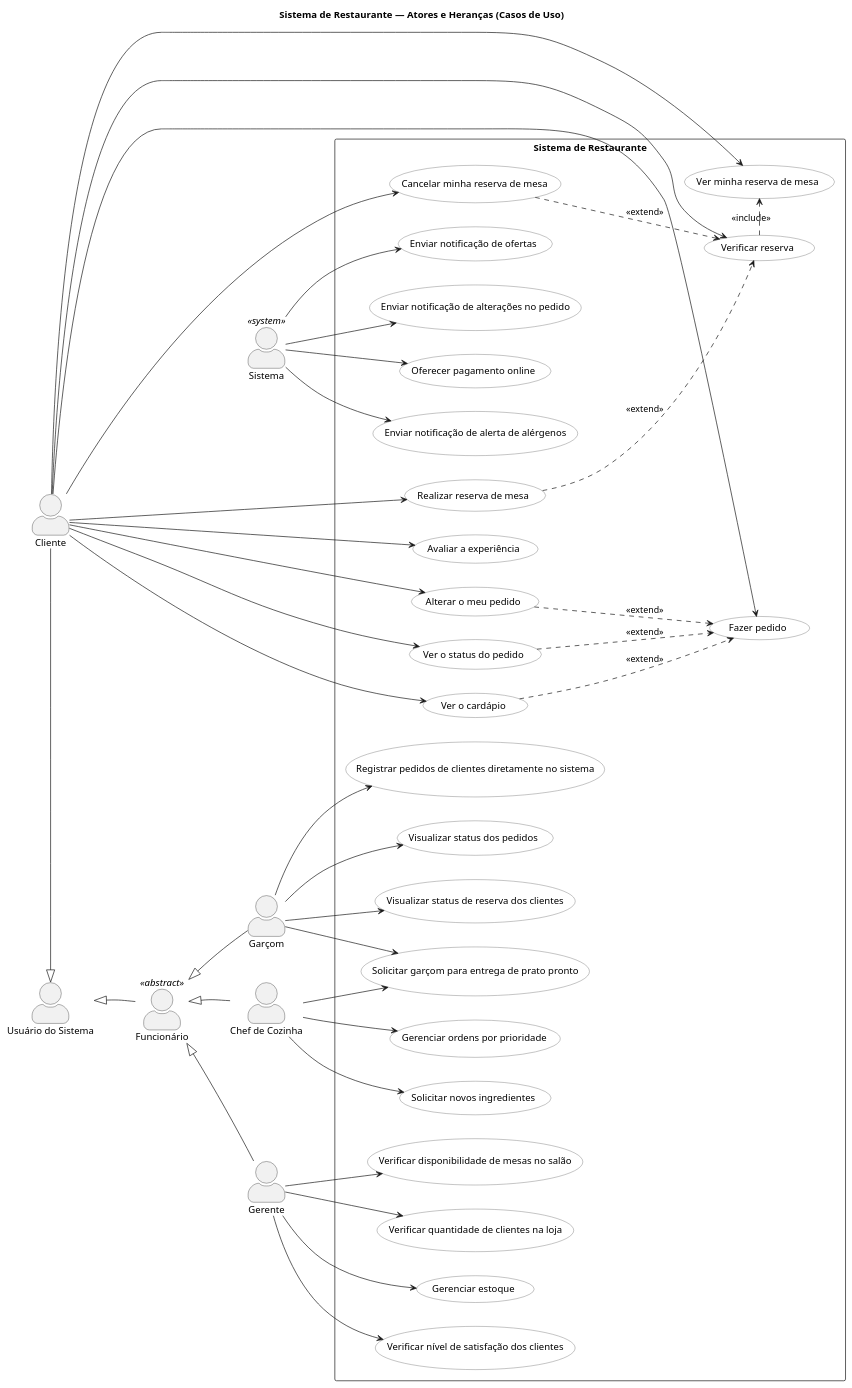
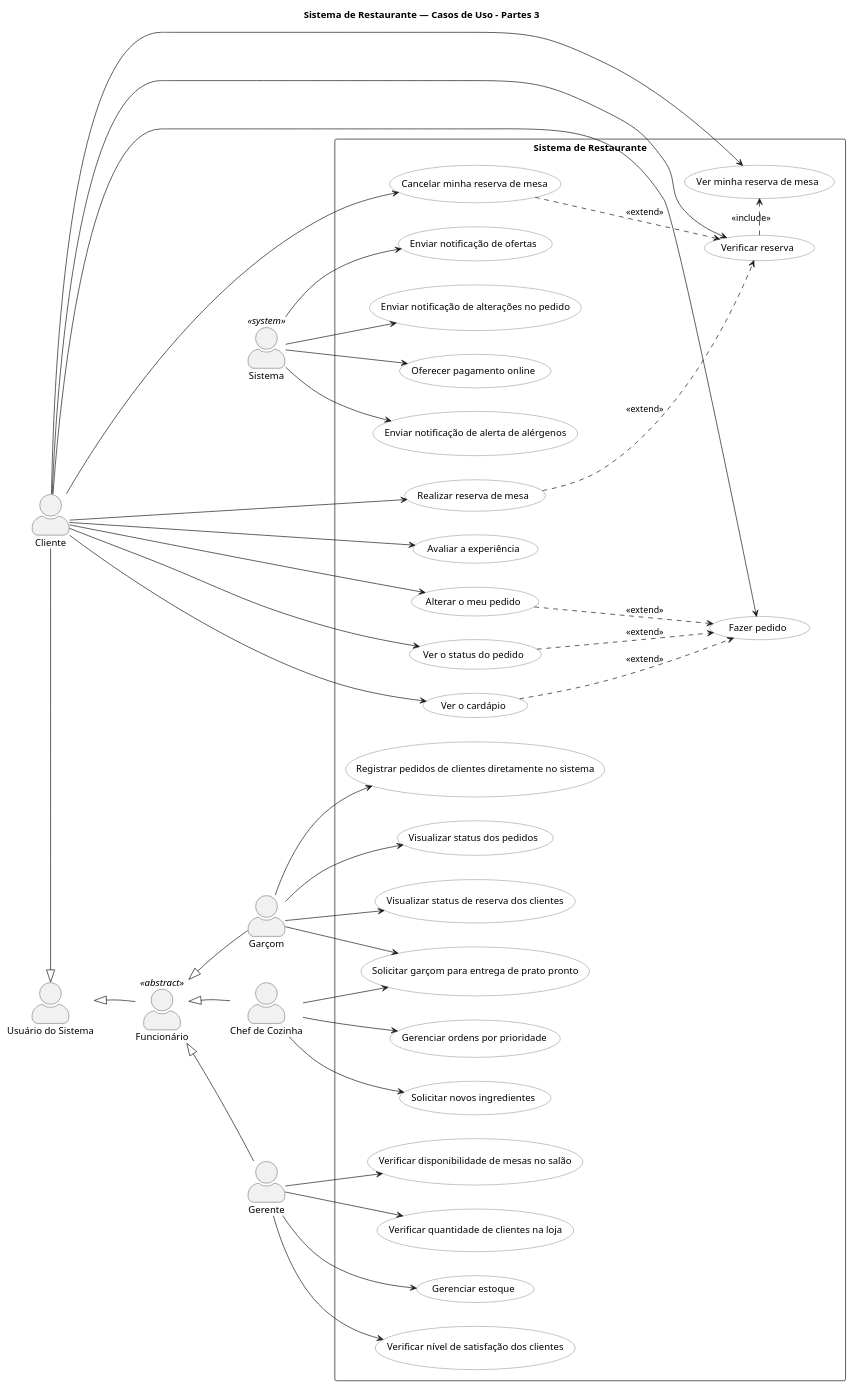
Before and after one commit to carloshenriquehannas/TCC: the diagram in casoUso-restaurante-partes3.puml, drawn with PlantUML. The commit also changed other lines of this file, not shown here.

```diff
--- a/casoUso-restaurante-partes3.puml
+++ b/casoUso-restaurante-partes3.puml
@@ -1,113 +1,113 @@
-@startuml
-title Sistema de Restaurante — Atores e Heranças (Casos de Uso)
+@startuml casoUso - restaurante - partes3
+title Sistema de Restaurante — Casos de Uso - Partes 3
 
 left to right direction
 skinparam actorStyle awesome
 skinparam packageStyle rectangle
 skinparam usecase {
   BackgroundColor #FFFFFF
   BorderColor #555555
 }
 
 '=== Atores ===
 actor "Usuário do Sistema" as Usuario
 actor "Funcionário" as Funcionario <<abstract>>
 actor "Garçom" as Garcom
 actor "Chef de Cozinha" as Chef
 actor "Gerente" as Gerente
 actor "Cliente" as Cliente
 actor "Sistema" as Sistema <<system>>
 
 '=== Heranças ===
 Cliente     -|> Usuario
 Funcionario -|> Usuario
 Garcom      -|> Funcionario
 Chef        -|> Funcionario
 Gerente     -|> Funcionario
 
 Usuario -[hidden]- Funcionario
 Funcionario -[hidden]- Garcom
 Funcionario -[hidden]- Gerente
 Funcionario -[hidden]- Chef
 
 '=== Fronteira do sistema ===
 rectangle "Sistema de Restaurante" as SistemaRestaurante {
 
   '--- Casos de uso do Gerente (apenas os solicitados) ---
   usecase "Verificar disponibilidade de mesas no salão" as UC_VerMesas
   usecase "Verificar quantidade de clientes na loja"   as UC_VerClientes
   usecase "Gerenciar estoque"                          as UC_GerenciarEstoque
   usecase "Verificar nível de satisfação dos clientes" as UC_VerSatisfacao
 
   '--- Casos de uso do Chef (apenas os solicitados) ---
   usecase "Solicitar garçom para entrega de prato pronto" as UC_SolicitarGarcom
   usecase "Gerenciar ordens por prioridade"                as UC_GerenciarPrioridade
   usecase "Solicitar novos ingredientes"                   as UC_SolicitarIngredientes
 
   '--- Casos de uso do Garçom (apenas os solicitados) ---
   usecase "Registrar pedidos de clientes diretamente no sistema" as UC_G_RegistrarPedido
   usecase "Visualizar status dos pedidos"                        as UC_G_VerStatusPedidos
   usecase "Visualizar status de reserva dos clientes"            as UC_G_VerStatusReserva
 
   '--- Casos de uso do Cliente (conforme solicitado) ---
   usecase "Fazer pedido"                  as UC_C_FazerPedido
   usecase "Verificar reserva"             as UC_C_VerificarReserva
   usecase "Avaliar a experiência"         as UC_C_AvaliarExperiencia
   usecase "Ver o cardápio"                as UC_C_VerCardapio
   usecase "Alterar o meu pedido"          as UC_C_AlterarPedido
   usecase "Ver o status do pedido"        as UC_C_VerStatusPedido
   usecase "Realizar reserva de mesa"      as UC_C_ReservarMesa
   usecase "Ver minha reserva de mesa"     as UC_C_VerMinhaReserva
   usecase "Cancelar minha reserva de mesa"as UC_C_CancelarReserva
 
   '--- Casos de uso do ator Sistema (novo) ---
   usecase "Enviar notificação de alerta de alérgenos"          as UC_Sis_Alergenos
   usecase "Enviar notificação de ofertas"                      as UC_Sis_Ofertas
   usecase "Enviar notificação de alterações no pedido"         as UC_Sis_AlteracaoPedido
   usecase "Oferecer pagamento online"                          as UC_Sis_PagamentoOnline
 }
 
 '=== Ligações ator -> casos do Gerente ===
 Gerente --> UC_VerMesas
 Gerente --> UC_VerClientes
 Gerente --> UC_GerenciarEstoque
 Gerente --> UC_VerSatisfacao
 
 '=== Ligações ator -> casos do Chef ===
 Chef   --> UC_SolicitarGarcom
 Chef   --> UC_GerenciarPrioridade
 Chef   --> UC_SolicitarIngredientes
 Garcom --> UC_SolicitarGarcom
 
 '=== Ligações ator -> casos do Garçom ===
 Garcom --> UC_G_RegistrarPedido
 Garcom --> UC_G_VerStatusPedidos
 Garcom --> UC_G_VerStatusReserva
 
 '=== Ligações ator -> casos do Cliente ===
 Cliente --> UC_C_FazerPedido
 Cliente --> UC_C_VerificarReserva
 Cliente --> UC_C_AvaliarExperiencia
 Cliente --> UC_C_VerCardapio
 Cliente --> UC_C_AlterarPedido
 Cliente --> UC_C_VerStatusPedido
 Cliente --> UC_C_ReservarMesa
 Cliente --> UC_C_VerMinhaReserva
 Cliente --> UC_C_CancelarReserva
 
 '=== Ligações ator -> casos do Sistema ===
 Sistema --> UC_Sis_Alergenos
 Sistema --> UC_Sis_Ofertas
 Sistema --> UC_Sis_AlteracaoPedido
 Sistema --> UC_Sis_PagamentoOnline
 
 '=== Relações internas entre casos do Cliente (mantidas conforme orientação anterior) ===
 UC_C_VerCardapio     ..> UC_C_FazerPedido      : <<extend>>
 UC_C_AlterarPedido   ..> UC_C_FazerPedido      : <<extend>>
 UC_C_VerStatusPedido ..> UC_C_FazerPedido      : <<extend>>
 
 UC_C_VerificarReserva .> UC_C_VerMinhaReserva  : <<include>>
 UC_C_ReservarMesa     ..> UC_C_VerificarReserva: <<extend>>
 UC_C_CancelarReserva  ..> UC_C_VerificarReserva: <<extend>>
 
 @enduml
```
